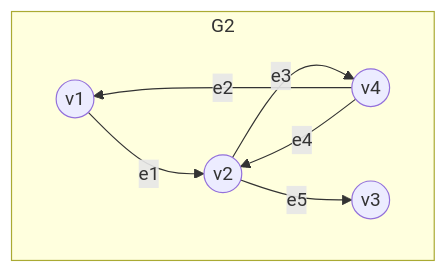
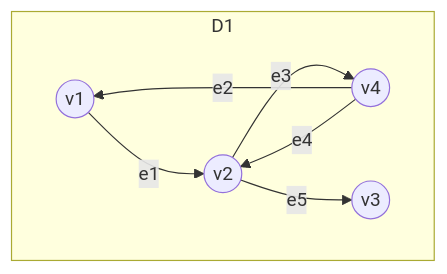
Before and after one commit to henlowornd/henlowornd.github.io: the second of 4 diagrams in data/posts/dm-note-1.md, drawn with Mermaid. The commit also changed other lines of this file, not shown here.

````diff
--- a/data/posts/dm-note-1.md
+++ b/data/posts/dm-note-1.md
@@ -70,16 +75,16 @@
 ```mermaid
 graph
-    subgraph G2
+    subgraph D1
       direction LR
       v1((v1))
       v2((v2))
       v3((v3))
       v4((v4))
       
       v1 -->|e1| v2
       v4 -->|e2| v1
       v2 -->|e3| v4
       v4 -->|e4| v2
       v2 -->|e5| v3
     end
 ```
````
